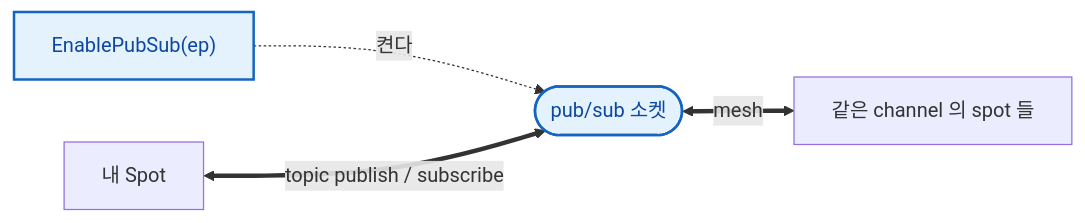
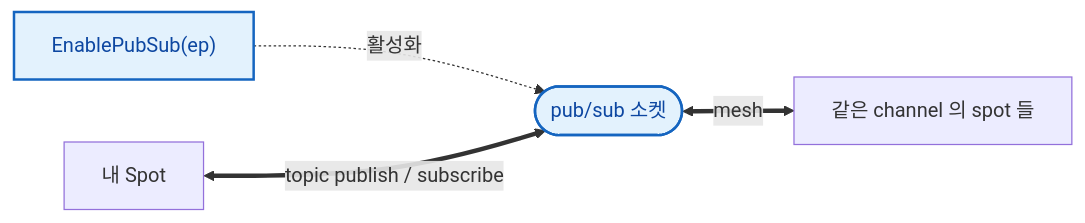
One commit to kairos-code-dev/zlink changed the fourth of 8 diagrams in framework/doc/framework/dotnet/guide/05-spot.ko.md. Above: the diagram before and after it, drawn with Mermaid. The commit also changed other lines of this file and 87 other files, not shown here.

````diff
--- a/framework/doc/framework/dotnet/guide/05-spot.ko.md
+++ b/framework/doc/framework/dotnet/guide/05-spot.ko.md
@@ -207,8 +203,8 @@
 ```mermaid
 flowchart LR
-  f["EnablePubSub(ep)"] -. 켠다 .-> p(["pub/sub 소켓"])
+  f["EnablePubSub(ep)"] -. 활성화 .-> p(["pub/sub 소켓"])
   spot["내 Spot"] <==>|"topic publish / subscribe"| p
   p <==>|"mesh"| peer["같은 channel 의 spot 들"]
   classDef m fill:#e3f2fd,stroke:#1565c0,stroke-width:2px,color:#0d47a1;
   class f,p m;
 ```
````
